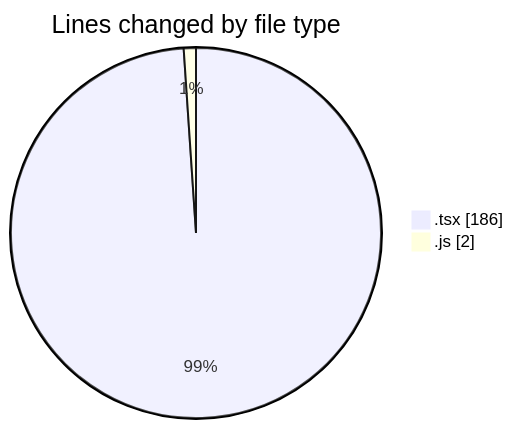
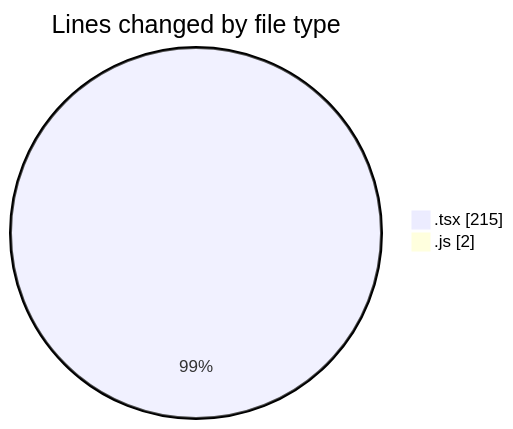
One commit to momahboobian/code-tracking changed the first of 2 diagrams in 2026-05-15/cda/README.md. Above: the diagram before and after it, drawn with Mermaid. The commit also changed other lines of this file and 1 other file, not shown here.

````diff
--- a/2026-05-15/cda/README.md
+++ b/2026-05-15/cda/README.md
@@ -24,6 +24,6 @@
 ```mermaid
 pie showData
 title Lines changed by file type
-".tsx" : 186
+".tsx" : 215
 ".js" : 2
 ```
````
